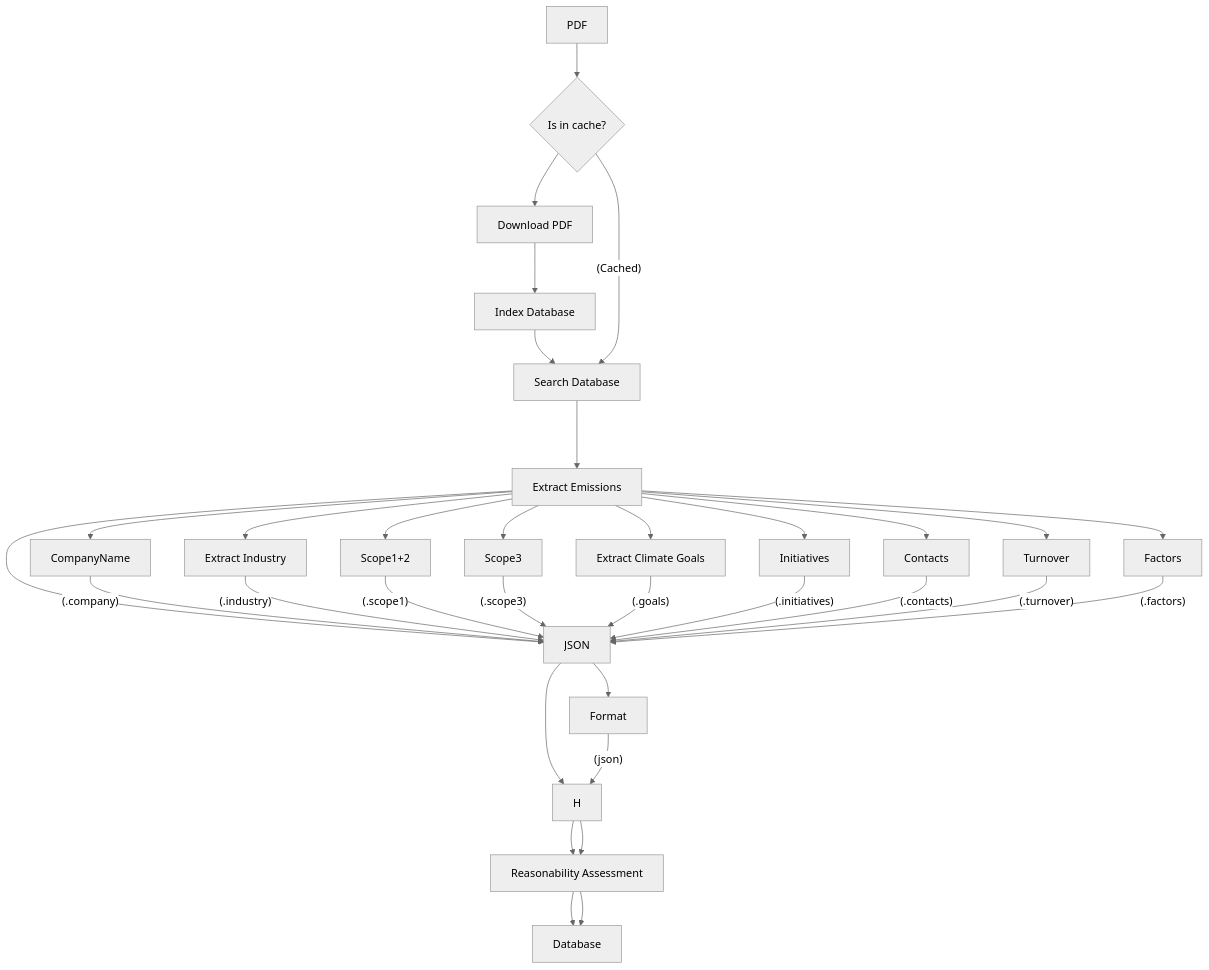
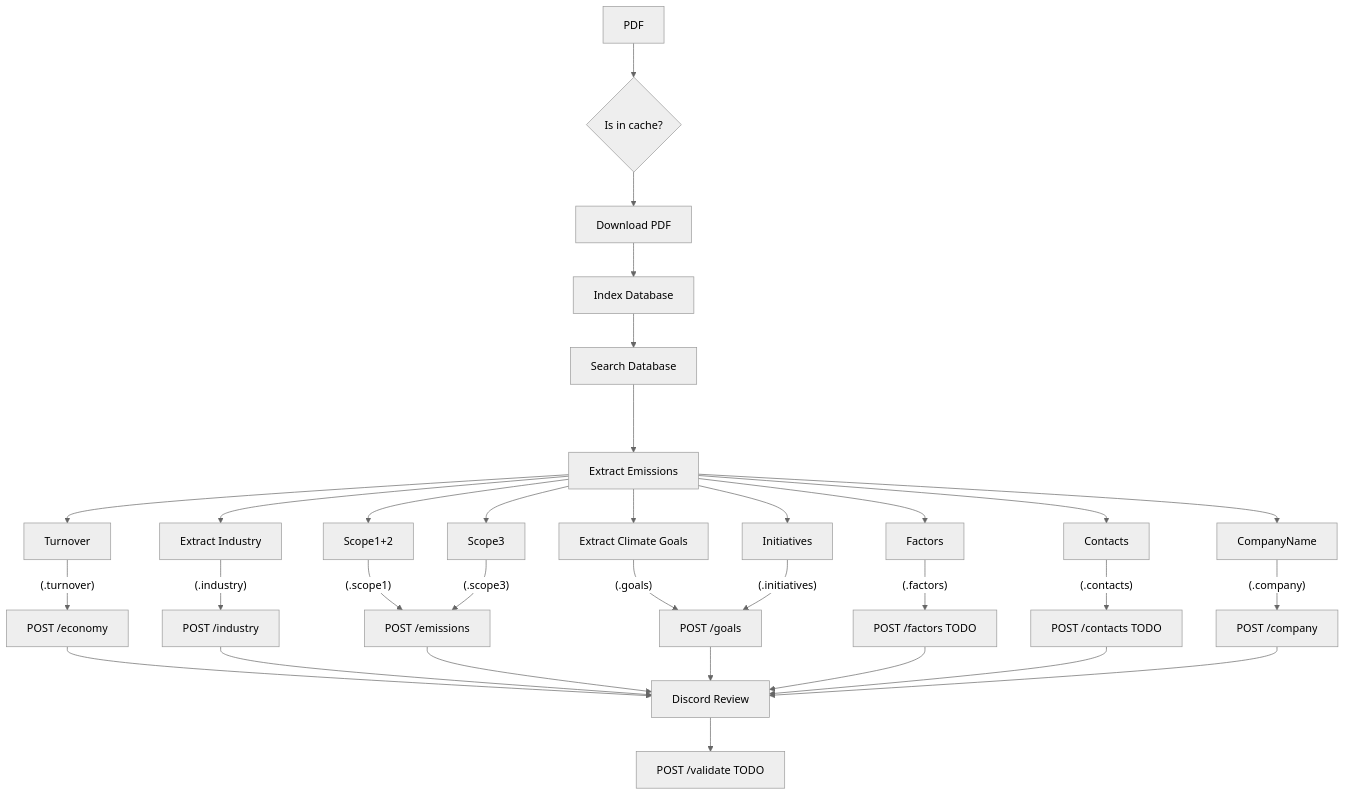
Before and after one commit to Klimatbyran/garbo: the diagram in README.md, drawn with Mermaid (neutral theme).

Commit message:
feat: save to api

````diff
--- a/README.md
+++ b/README.md
@@ -19,36 +19,46 @@
 ```mermaid
 flowchart TB
 
     A[PDF]
     B{Is in cache?}
     C[Download PDF]
     D[Index Database]
     E[Search Database]
     F[Extract Emissions]
-    G[JSON]
+
+    API.Economy[POST /economy]
+    API.Industry[POST /industry]
+    API.Emissions[POST /emissions]
+    API.Goals[POST /goals]
+    API.Company[POST /company]
+    API.Factors[POST /factors TODO]
+    API.Contacts[POST /contacts TODO]
+    API.Review[POST /validate TODO]
 
     Industry[Extract Industry]
     Goals[Extract Climate Goals]
-    Review[Reasonability Assessment]
+    Review[Discord Review]
 
 
-    DB[Database]
+    A --> B --> C --> D --> E ---> F
 
-    A --> B --> C --> D --> E ---> F ---> G ---> H
-    B --(Cached)--> E
+    F --> CompanyName --(.company)--> API.Company
+    F --> Industry --(.industry)--> API.Industry
+    F --> Scope1+2 --(.scope1)--> API.Emissions
+    F --> Scope3 --(.scope3)--> API.Emissions
+    F --> Goals --(.goals)--> API.Goals
+    F --> Initiatives --(.initiatives)--> API.Goals
+    F --> Contacts --(.contacts)--> API.Contacts
+    F --> Turnover --(.turnover)--> API.Economy
+    F --> Factors --(.factors)--> API.Factors
 
-    F --> CompanyName --(.company)--> G
-    F --> Industry --(.industry)--> G
-    F --> Scope1+2 --(.scope1)--> G
-    F --> Scope3 --(.scope3)--> G
-    F --> Goals --(.goals)--> G
-    F --> Initiatives --(.initiatives)--> G
-    F --> Contacts --(.contacts)--> G
-    F --> Turnover --(.turnover)--> G
-    F --> Factors --(.factors)--> G
+    API.Economy --> Review
+    API.Industry --> Review
+    API.Emissions --> Review
+    API.Goals --> Review
+    API.Factors --> Review
+    API.Contacts --> Review
+    API.Company --> Review
 
-    G --> Format --(json)--> H
-
-    H --> Review --> DB
-    H --> Review --> DB
+    Review --> API.Review
 ```
````
